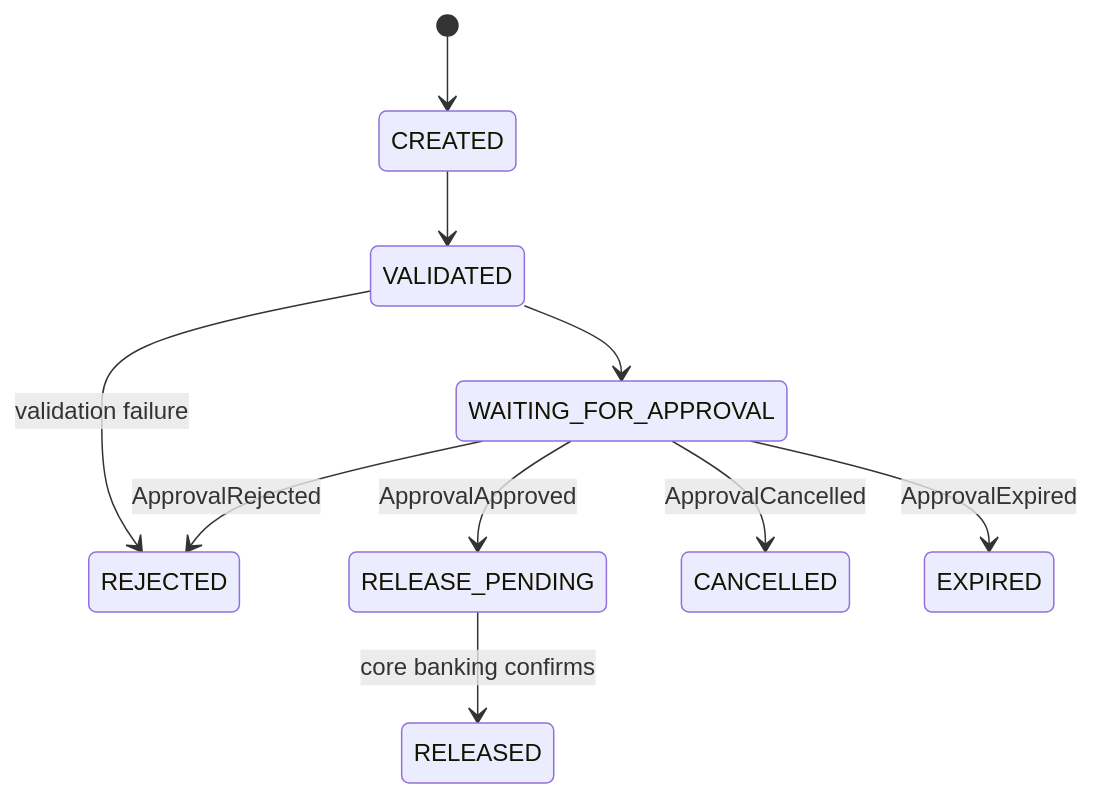
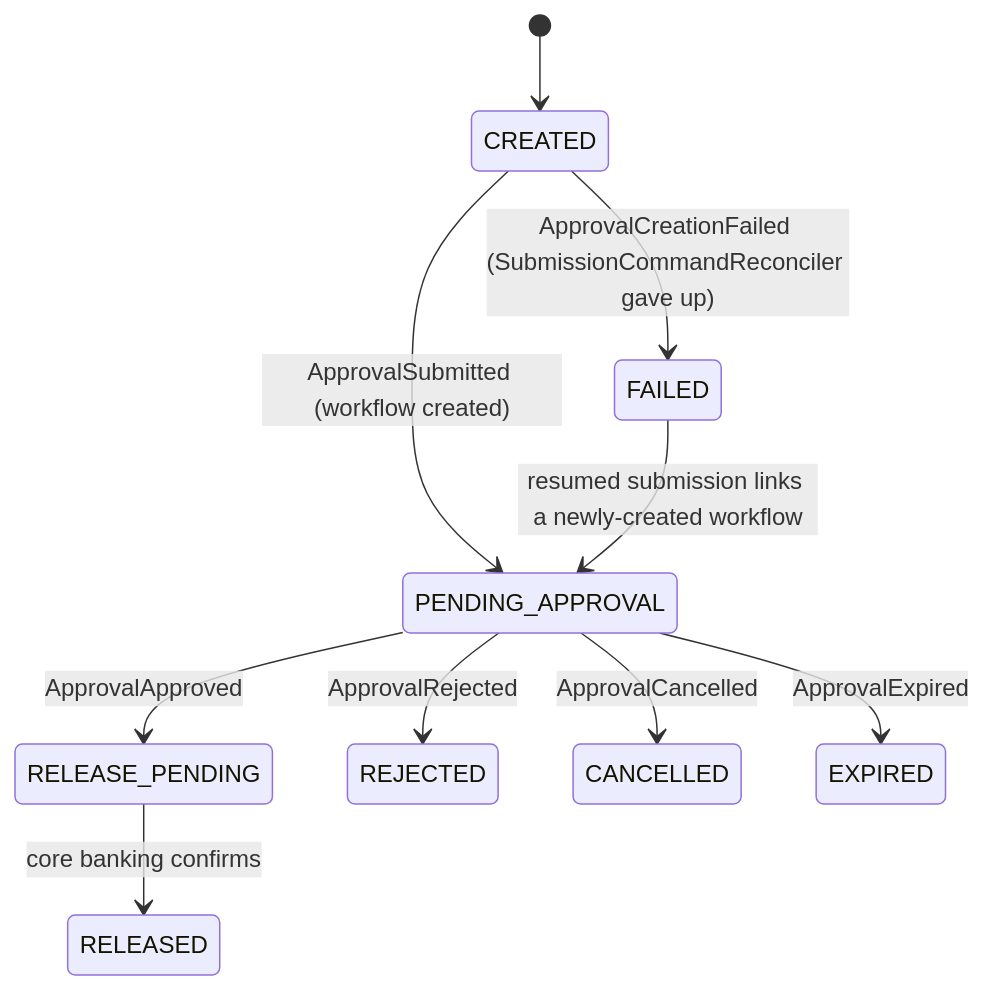
The second of 5 diagrams in docs/lld.md (skcchoudhary21/vision-hld), drawn with Mermaid before and after one commit. The commit also changed other lines of this file and 1 other file, not shown here.

````diff
--- a/docs/lld.md
+++ b/docs/lld.md
@@ -24,12 +24,12 @@
 ```mermaid
 stateDiagram-v2
     [*] --> CREATED
-    CREATED --> VALIDATED
-    VALIDATED --> REJECTED: validation failure
-    VALIDATED --> WAITING_FOR_APPROVAL
-    WAITING_FOR_APPROVAL --> RELEASE_PENDING: ApprovalApproved
-    WAITING_FOR_APPROVAL --> REJECTED: ApprovalRejected
-    WAITING_FOR_APPROVAL --> CANCELLED: ApprovalCancelled
-    WAITING_FOR_APPROVAL --> EXPIRED: ApprovalExpired
+    CREATED --> PENDING_APPROVAL: ApprovalSubmitted (workflow created)
+    CREATED --> FAILED: ApprovalCreationFailed (SubmissionCommandReconciler gave up)
+    FAILED --> PENDING_APPROVAL: resumed submission links a newly-created workflow
+    PENDING_APPROVAL --> RELEASE_PENDING: ApprovalApproved
+    PENDING_APPROVAL --> REJECTED: ApprovalRejected
+    PENDING_APPROVAL --> CANCELLED: ApprovalCancelled
+    PENDING_APPROVAL --> EXPIRED: ApprovalExpired
     RELEASE_PENDING --> RELEASED: core banking confirms
 ```
````
